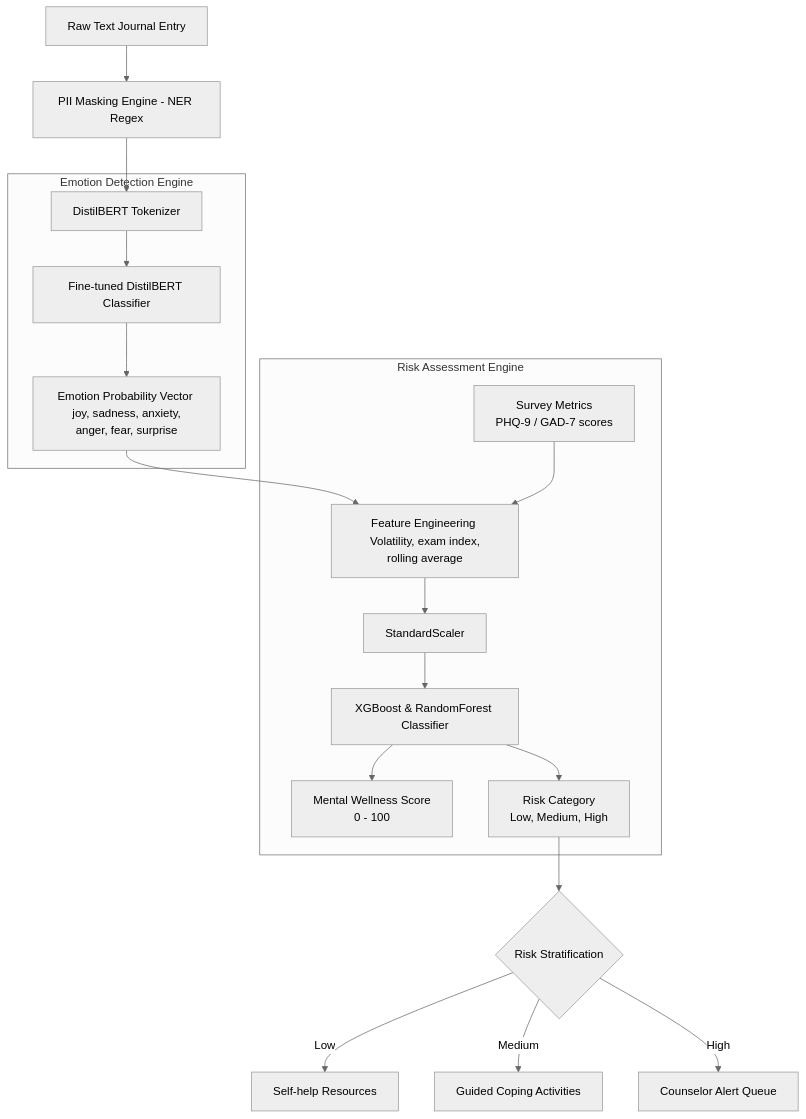
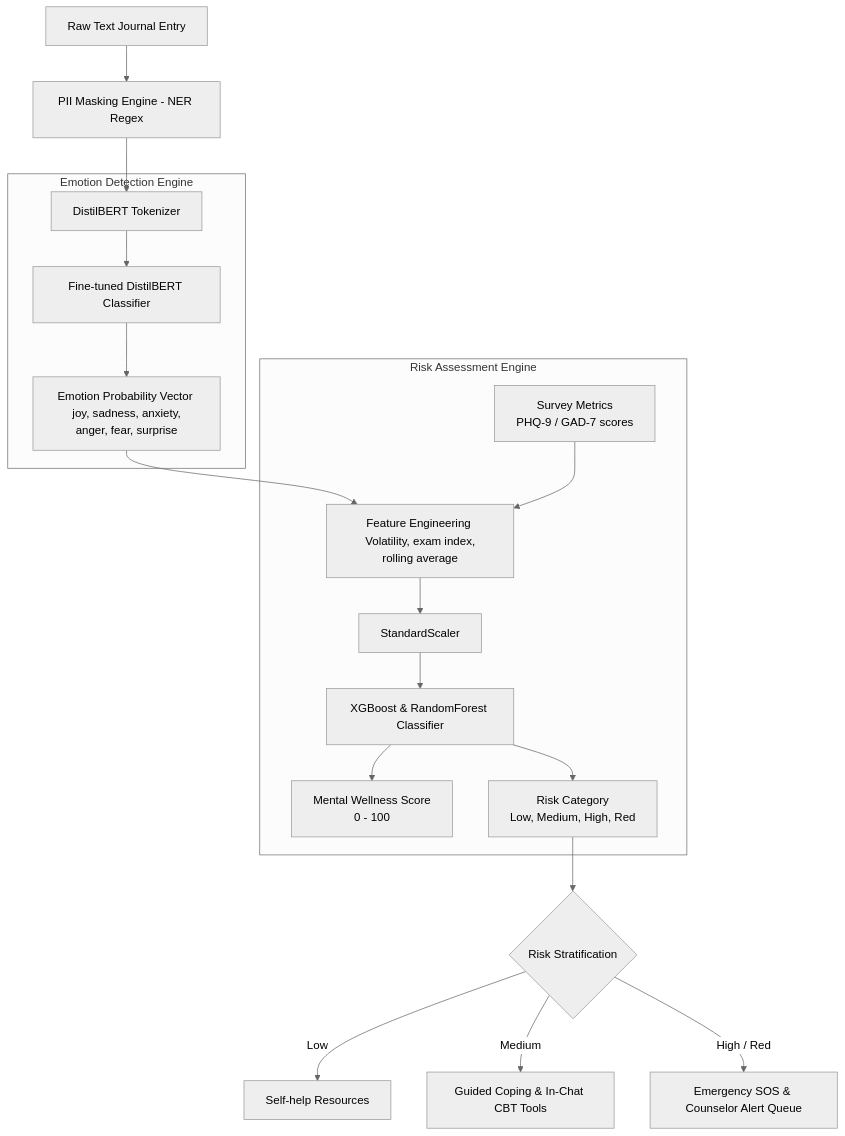
The fifth of 5 diagrams in README.md (PASUPULASAITEJA/MindGuardAI), drawn with Mermaid (neutral theme) before and after one commit. The commit also changed other lines of this file, not shown here.

````diff
--- a/README.md
+++ b/README.md
@@ -405,28 +422,28 @@
 ```mermaid
 graph TD
     %% Input
     Input["Raw Text Journal Entry"] --> PII["PII Masking Engine - NER Regex"]
     PII --> Tokenizer["DistilBERT Tokenizer"]
     
     %% Emotion Engine
     subgraph EmotionDetectionEngine ["Emotion Detection Engine"]
         Tokenizer --> DistilBERT["Fine-tuned DistilBERT Classifier"]
         DistilBERT --> Emotions["Emotion Probability Vector <br> joy, sadness, anxiety, anger, fear, surprise"]
     end
     
     %% Risk Engine
     subgraph RiskAssessmentEngine ["Risk Assessment Engine"]
         Emotions --> FeatureEng["Feature Engineering <br> Volatility, exam index, rolling average"]
         Survey["Survey Metrics <br> PHQ-9 / GAD-7 scores"] --> FeatureEng
         FeatureEng --> Scaler["StandardScaler"]
         Scaler --> RandomForest["XGBoost & RandomForest Classifier"]
         RandomForest --> RiskScore["Mental Wellness Score <br> 0 - 100"]
-        RandomForest --> RiskTier["Risk Category <br> Low, Medium, High"]
+        RandomForest --> RiskTier["Risk Category <br> Low, Medium, High, Red"]
     end
 
     %% Action Output
     RiskTier --> DecisionDiamond{Risk Stratification}
     DecisionDiamond -->|Low| SelfHelp["Self-help Resources"]
-    DecisionDiamond -->|Medium| Coping["Guided Coping Activities"]
-    DecisionDiamond -->|High| Warning["Counselor Alert Queue"]
+    DecisionDiamond -->|Medium| Coping["Guided Coping & In-Chat CBT Tools"]
+    DecisionDiamond -->|High / Red| Warning["Emergency SOS & Counselor Alert Queue"]
 ```
````
